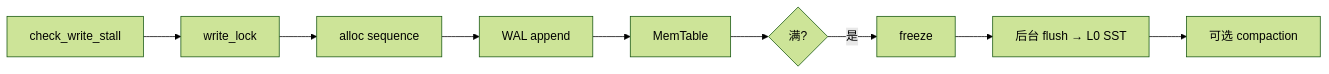
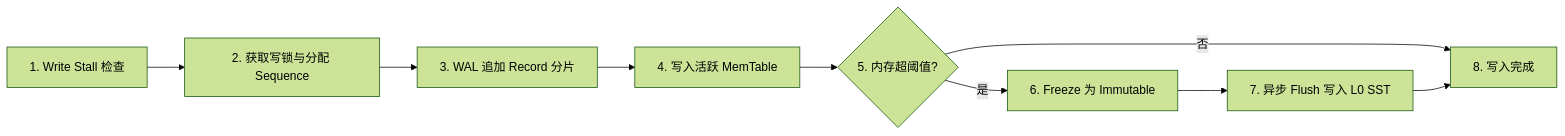
Before and after one commit to Genuineh/AiDb: the second of 8 diagrams in ARCHITECTURE.md, drawn with Mermaid (forest theme). The commit also changed other lines of this file and 248 other files, not shown here.

````diff
--- a/ARCHITECTURE.md
+++ b/ARCHITECTURE.md
@@ -112,11 +97,11 @@
 ```mermaid
 flowchart LR
-  W[check_write_stall] --> L[write_lock]
-  L --> S[alloc sequence]
-  S --> WAL[WAL append]
-  WAL --> MT[MemTable]
-  MT --> F{满?}
-  F -->|是| FR[freeze]
-  FR --> BG[后台 flush → L0 SST]
-  BG --> CP[可选 compaction]
+    W[1. Write Stall 检查] --> L[2. 获取写锁与分配 Sequence]
+    L --> WAL[3. WAL 追加 Record 分片]
+    WAL --> MT[4. 写入活跃 MemTable]
+    MT --> F{5. 内存超阈值?}
+    F -->|是| FR[6. Freeze 为 Immutable]
+    FR --> BG[7. 异步 Flush 写入 L0 SST]
+    F -->|否| OK[8. 写入完成]
+    BG --> OK
 ```
````
